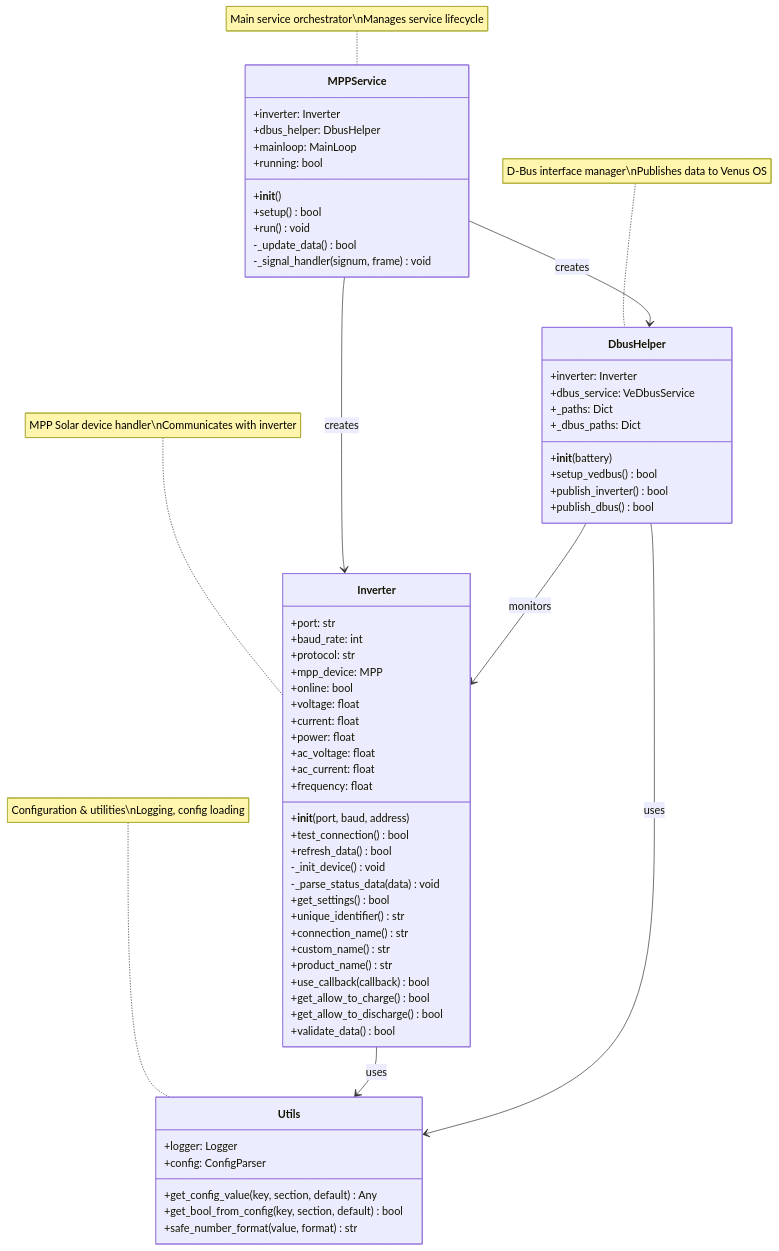
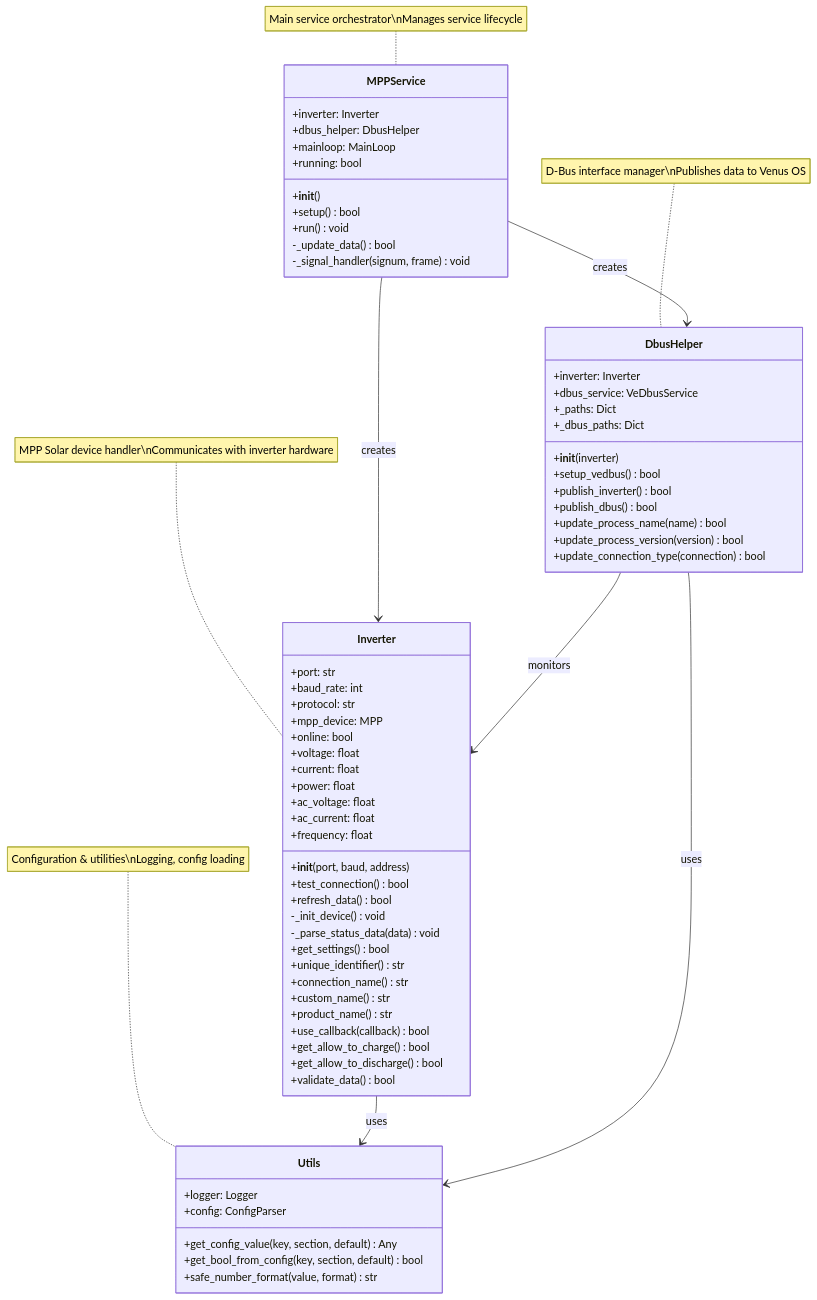
One commit to spacecabbie/dbus-mppsolarv2 changed the first of 4 diagrams in README.md. Above: the diagram before and after it, drawn with Mermaid. The commit also changed other lines of this file, not shown here.

First line of the commit message:
Update README with correct inverter D-Bus paths and architecture diagrams

````diff
--- a/README.md
+++ b/README.md
@@ -333,72 +352,75 @@
 ```mermaid
 classDiagram
     class MPPService {
         +inverter: Inverter
         +dbus_helper: DbusHelper
         +mainloop: MainLoop
         +running: bool
         +__init__()
         +setup() bool
         +run() void
         -_update_data() bool
         -_signal_handler(signum, frame) void
     }
 
     class Inverter {
         +port: str
         +baud_rate: int
         +protocol: str
         +mpp_device: MPP
         +online: bool
         +voltage: float
         +current: float
         +power: float
         +ac_voltage: float
         +ac_current: float
         +frequency: float
         +__init__(port, baud, address)
         +test_connection() bool
         +refresh_data() bool
         -_init_device() void
         -_parse_status_data(data) void
         +get_settings() bool
         +unique_identifier() str
         +connection_name() str
         +custom_name() str
         +product_name() str
         +use_callback(callback) bool
         +get_allow_to_charge() bool
         +get_allow_to_discharge() bool
         +validate_data() bool
     }
 
     class DbusHelper {
         +inverter: Inverter
         +dbus_service: VeDbusService
         +_paths: Dict
         +_dbus_paths: Dict
-        +__init__(battery)
+        +__init__(inverter)
         +setup_vedbus() bool
         +publish_inverter() bool
         +publish_dbus() bool
+        +update_process_name(name) bool
+        +update_process_version(version) bool
+        +update_connection_type(connection) bool
     }
 
     class Utils {
         +logger: Logger
         +config: ConfigParser
         +get_config_value(key, section, default) Any
         +get_bool_from_config(key, section, default) bool
         +safe_number_format(value, format) str
     }
 
     MPPService --> Inverter : creates
     MPPService --> DbusHelper : creates
     Inverter --> Utils : uses
     DbusHelper --> Utils : uses
     DbusHelper --> Inverter : monitors
 
     note for MPPService "Main service orchestrator\nManages service lifecycle"
-    note for Inverter "MPP Solar device handler\nCommunicates with inverter"
+    note for Inverter "MPP Solar device handler\nCommunicates with inverter hardware"
     note for DbusHelper "D-Bus interface manager\nPublishes data to Venus OS"
     note for Utils "Configuration & utilities\nLogging, config loading"
 ```
````
